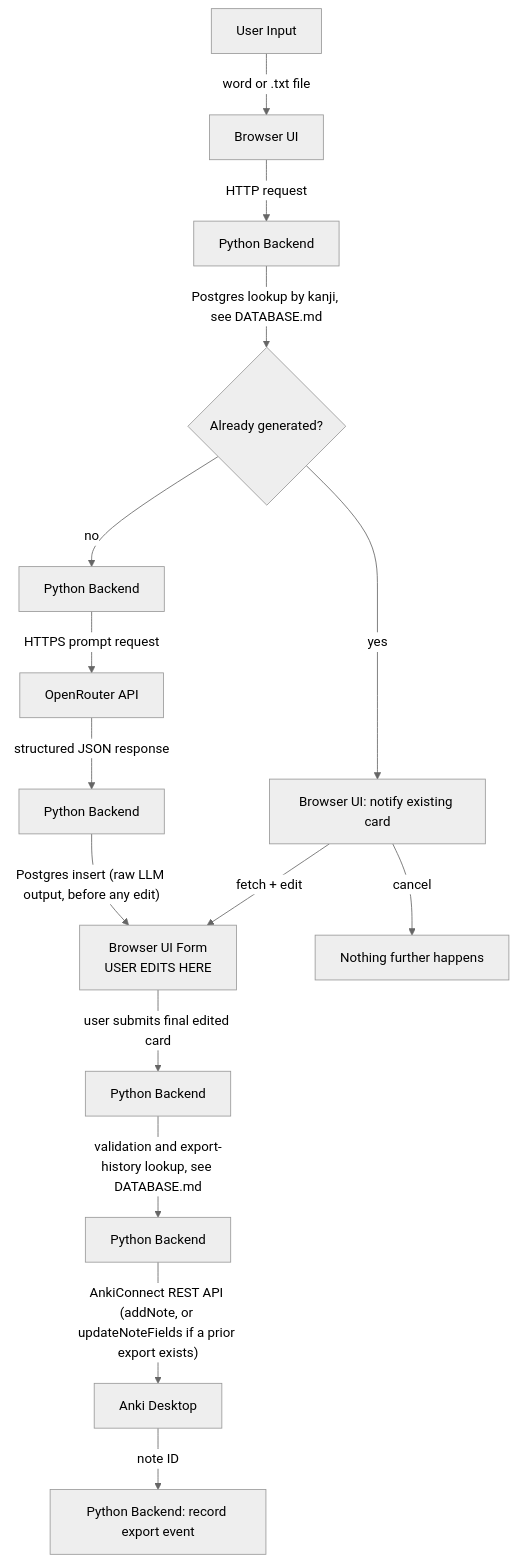
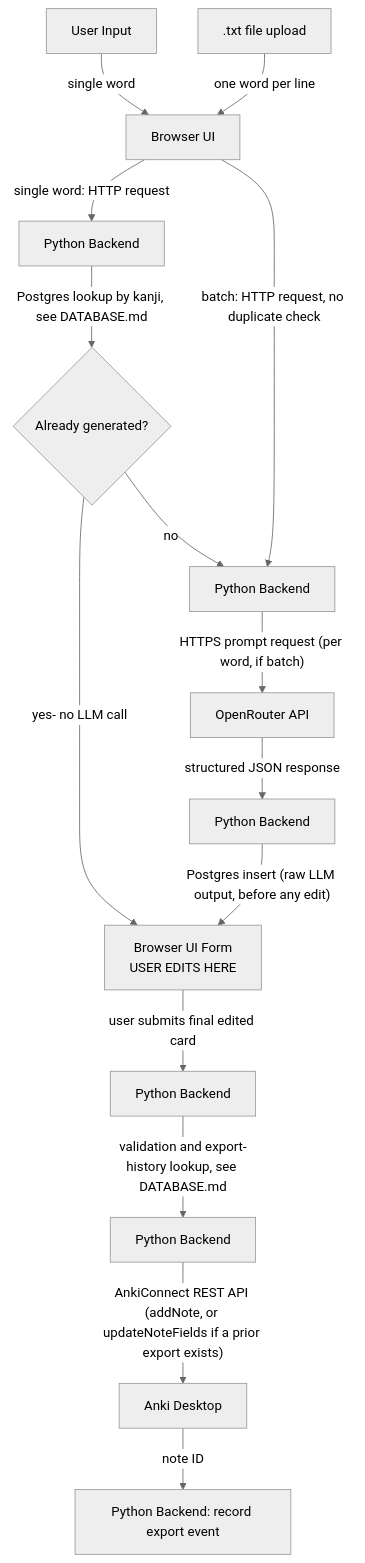
One commit to h3l333/anki-card-generator changed the diagram in ARCHITECTURE.md. Above: the diagram before and after it, drawn with Mermaid (neutral theme). The commit also changed other lines of this file and 11 other files, not shown here.

Commit message:
Add batch generation persistence in Postgres, update test_main.py script, implement retry-hint, add troubleshooting content and edit docs for accuracy

````diff
--- a/ARCHITECTURE.md
+++ b/ARCHITECTURE.md
@@ -5,20 +5,21 @@
 ```mermaid
 flowchart TD
-    UserInput[User Input] -->|word or .txt file| BrowserUI[Browser UI]
-    BrowserUI -->|HTTP request| Lookup[Python Backend]
+    UserInput[User Input] -->|single word| BrowserUI[Browser UI]
+    BatchInput[".txt file upload"] -->|one word per line| BrowserUI
+
+    BrowserUI -->|"single word: HTTP request"| Lookup[Python Backend]
     Lookup -->|"Postgres lookup by kanji, see DATABASE.md"| Duplicate{Already generated?}
+    Duplicate -->|"yes- no LLM call"| ReviewForm["Browser UI Form<br/>USER EDITS HERE"]
+    Duplicate -->|no| Generate[Python Backend]
 
-    Duplicate -->|no| Generate[Python Backend]
-    Generate -->|HTTPS prompt request| OpenRouter[OpenRouter API]
+    BrowserUI -->|"batch: HTTP request, no duplicate check"| Generate
+
+    Generate -->|"HTTPS prompt request (per word, if batch)"| OpenRouter[OpenRouter API]
     OpenRouter -->|structured JSON response| Persist[Python Backend]
-    Persist -->|"Postgres insert (raw LLM output, before any edit)"| ReviewForm["Browser UI Form<br/>USER EDITS HERE"]
-
-    Duplicate -->|yes| Notify["Browser UI: notify existing card"]
-    Notify -->|cancel| Stop[Nothing further happens]
-    Notify -->|fetch + edit| ReviewForm
+    Persist -->|"Postgres insert (raw LLM output, before any edit)"| ReviewForm
 
     ReviewForm -->|user submits final edited card| Validate[Python Backend]
     Validate -->|"validation and export-history lookup, see DATABASE.md"| Export[Python Backend]
     Export -->|"AnkiConnect REST API (addNote, or updateNoteFields if a prior export exists)"| Anki[Anki Desktop]
     Anki -->|note ID| Record["Python Backend: record export event"]
 ```
````
